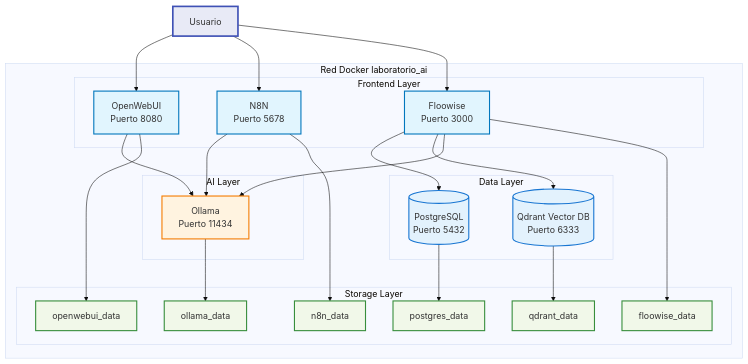
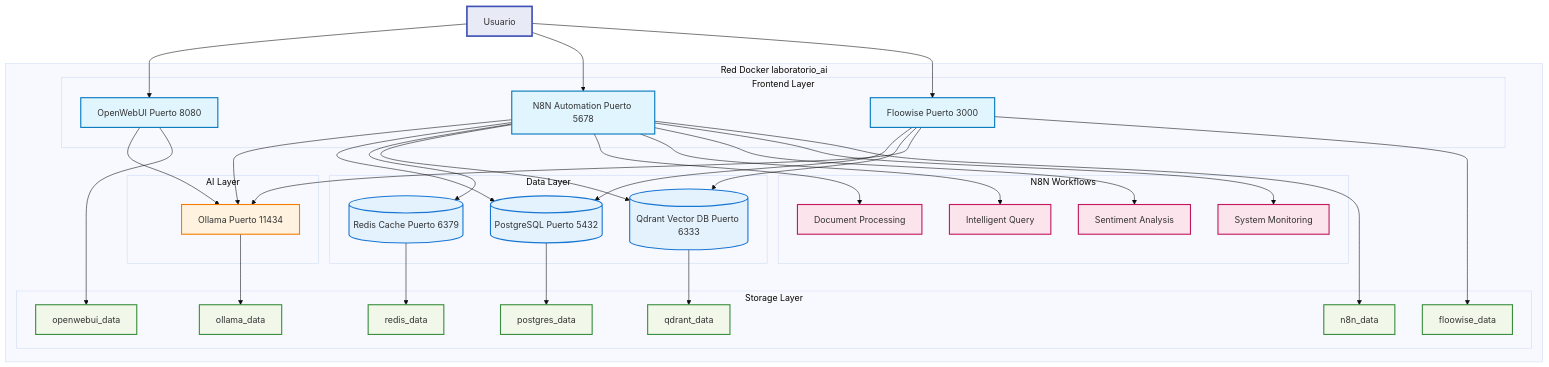
Before and after one commit to EdissonGirald0/laboratorioAI: the first of 8 diagrams in README.md, drawn with Mermaid (base theme). The commit also changed other lines of this file and 16 other files, not shown here.

````diff
--- a/README.md
+++ b/README.md
@@ -25,57 +59,77 @@
 ```mermaid
 graph TB
-    subgraph Network [Red Docker laboratorio_ai]
-        subgraph Frontend [Frontend Layer]
-            UI[OpenWebUI<br/>Puerto 8080]
-            N8N[N8N<br/>Puerto 5678]
-            FW[Floowise<br/>Puerto 3000]
+    subgraph Network ["Red Docker laboratorio_ai"]
+        subgraph Frontend ["Frontend Layer"]
+            UI["OpenWebUI Puerto 8080"]
+            N8N["N8N Automation Puerto 5678"]
+            FW["Floowise Puerto 3000"]
         end
         
-        subgraph AI [AI Layer]
-            OL[Ollama<br/>Puerto 11434]
+        subgraph AI ["AI Layer"]
+            OL["Ollama Puerto 11434"]
         end
         
-        subgraph Data [Data Layer]
-            PG[(PostgreSQL<br/>Puerto 5432)]
-            QD[(Qdrant Vector DB<br/>Puerto 6333)]
+        subgraph Data ["Data Layer"]
+            PG[("PostgreSQL Puerto 5432")]
+            RD[("Redis Cache Puerto 6379")]
+            QD[("Qdrant Vector DB Puerto 6333")]
         end
         
-        subgraph Storage [Storage Layer]
-            VOL1[postgres_data]
-            VOL2[qdrant_data]
-            VOL3[ollama_data]
-            VOL4[openwebui_data]
-            VOL5[n8n_data]
-            VOL6[floowise_data]
+        subgraph Storage ["Storage Layer"]
+            VOL1["postgres_data"]
+            VOL2["qdrant_data"]
+            VOL3["ollama_data"]
+            VOL4["openwebui_data"]
+            VOL5["n8n_data"]
+            VOL6["floowise_data"]
+            VOL7["redis_data"]
+        end
+        
+        subgraph Automation ["N8N Workflows"]
+            WF1["Document Processing"]
+            WF2["Intelligent Query"]
+            WF3["Sentiment Analysis"]
+            WF4["System Monitoring"]
         end
     end
     
-    USER[Usuario] --> UI
+    USER["Usuario"] --> UI
     USER --> N8N
     USER --> FW
     
     UI --> OL
     FW --> PG
     FW --> QD
     FW --> OL
+    
     N8N --> OL
+    N8N --> PG
+    N8N --> RD
+    N8N --> QD
+    N8N --> WF1
+    N8N --> WF2
+    N8N --> WF3
+    N8N --> WF4
     
     PG --> VOL1
     QD --> VOL2
     OL --> VOL3
     UI --> VOL4
     N8N --> VOL5
     FW --> VOL6
+    RD --> VOL7
     
     classDef userClass fill:#e8eaf6,stroke:#3f51b5,stroke-width:3px
     classDef frontendClass fill:#e1f5fe,stroke:#0277bd,stroke-width:2px
     classDef aiClass fill:#fff3e0,stroke:#f57c00,stroke-width:2px
     classDef dataClass fill:#e3f2fd,stroke:#1976d2,stroke-width:2px
     classDef storageClass fill:#f1f8e9,stroke:#388e3c,stroke-width:2px
+    classDef automationClass fill:#fce4ec,stroke:#c2185b,stroke-width:2px
     
     class USER userClass
     class UI,N8N,FW frontendClass
     class OL aiClass
-    class PG,QD dataClass
-    class VOL1,VOL2,VOL3,VOL4,VOL5,VOL6 storageClass
+    class PG,RD,QD dataClass
+    class VOL1,VOL2,VOL3,VOL4,VOL5,VOL6,VOL7 storageClass
+    class WF1,WF2,WF3,WF4 automationClass
 ```
````
